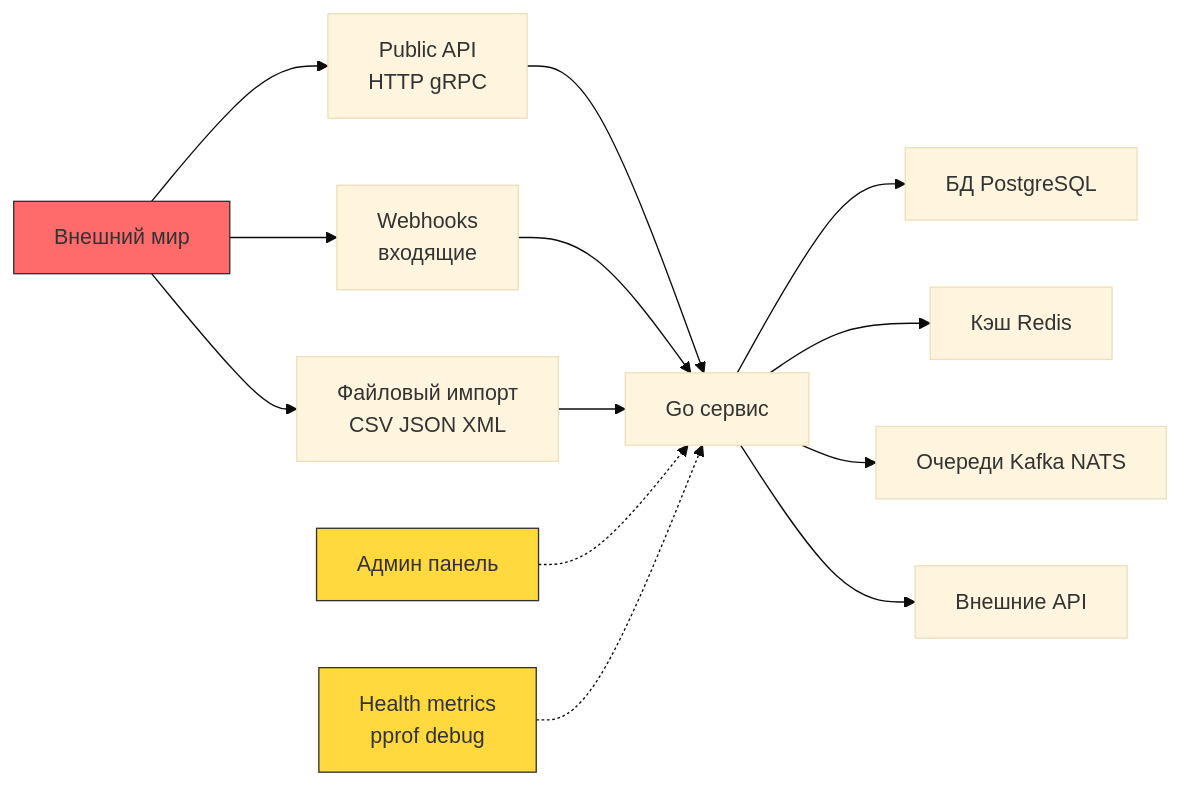
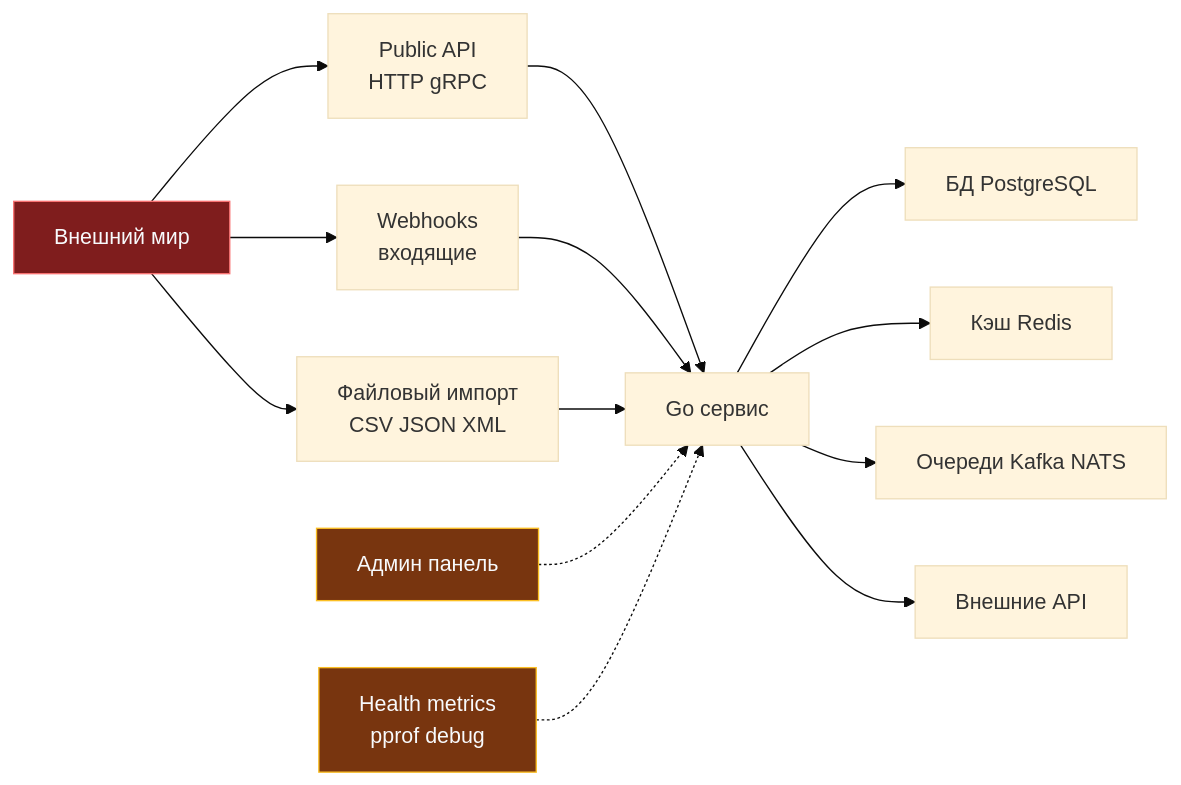
Before and after one commit to UnrealTemplier/go-textbook: the first of 3 diagrams in sources/17. Безопасность (AppSec в Go)/01. Фундамент/2. Threat modeling и attack surface.md, drawn with Mermaid (base theme). The commit also changed other lines of this file and 310 other files, not shown here.

First line of the commit message:
fix(mermaid): replace light fill colors with dark palette for readability on dark theme

````diff
--- a/sources/17. Безопасность (AppSec в Go)/01. Фундамент/2. Threat modeling и attack surface.md
+++ b/sources/17. Безопасность (AppSec в Go)/01. Фундамент/2. Threat modeling и attack surface.md
@@ -34,22 +34,22 @@
 ```mermaid
 flowchart LR
     A["Внешний мир"] --> B["Public API<br>HTTP gRPC"]
     A --> C["Webhooks<br>входящие"]
     A --> D["Файловый импорт<br>CSV JSON XML"]
     
     B --> E["Go сервис"]
     C --> E
     D --> E
     
     E --> F["БД PostgreSQL"]
     E --> G["Кэш Redis"]
     E --> H["Очереди Kafka NATS"]
     E --> I["Внешние API"]
     
     J["Админ панель"] -.-> E
     K["Health metrics<br>pprof debug"] -.-> E
     
-    style A fill:#ff6b6b,stroke:#333
-    style J fill:#ffd93d,stroke:#333
-    style K fill:#ffd93d,stroke:#333
+    style A fill:#7f1d1d,stroke:#f87171,color:#f8fafc
+    style J fill:#78350f,stroke:#fbbf24,color:#f8fafc
+    style K fill:#78350f,stroke:#fbbf24,color:#f8fafc
 ```
````
